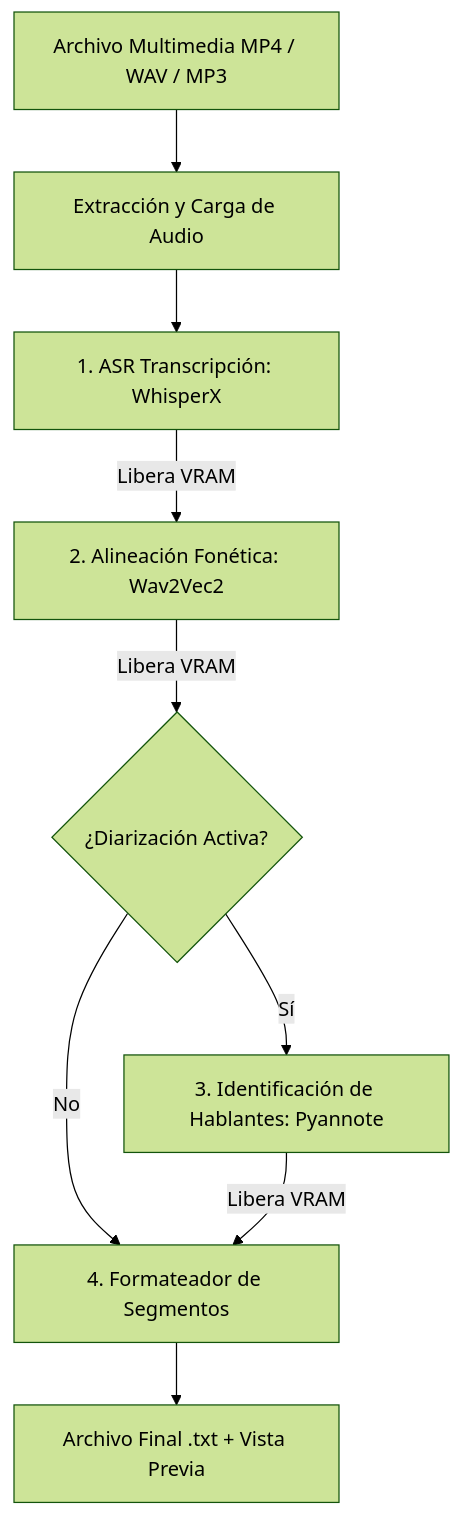
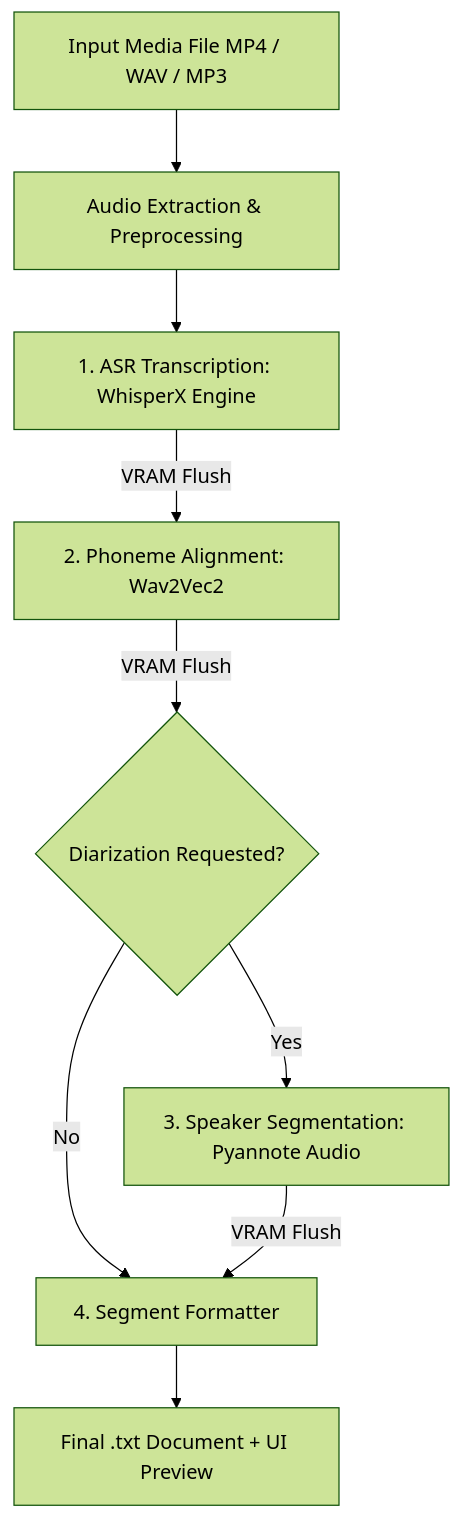
One commit to Klopezxd/whisperx-transcriptor changed the diagram in README.md. Above: the diagram before and after it, drawn with Mermaid (forest theme). The commit also changed other lines of this file and 2 other files, not shown here.

````diff
--- a/README.md
+++ b/README.md
@@ -41,11 +41,11 @@
 ```mermaid
 flowchart TD
-    A[Archivo Multimedia MP4 / WAV / MP3] --> B[Extracción y Carga de Audio]
-    B --> C[1. ASR Transcripción: WhisperX]
-    C -->|Libera VRAM| D[2. Alineación Fonética: Wav2Vec2]
-    D -->|Libera VRAM| E{¿Diarización Activa?}
-    E -->|Sí| F[3. Identificación de Hablantes: Pyannote]
-    E -->|No| G[4. Formateador de Segmentos]
-    F -->|Libera VRAM| G
-    G --> H[Archivo Final .txt + Vista Previa]
+    A[Input Media File MP4 / WAV / MP3] --> B[Audio Extraction & Preprocessing]
+    B --> C[1. ASR Transcription: WhisperX Engine]
+    C -->|VRAM Flush| D[2. Phoneme Alignment: Wav2Vec2]
+    D -->|VRAM Flush| E{Diarization Requested?}
+    E -->|Yes| F[3. Speaker Segmentation: Pyannote Audio]
+    E -->|No| G[4. Segment Formatter]
+    F -->|VRAM Flush| G
+    G --> H[Final .txt Document + UI Preview]
 ```
````
